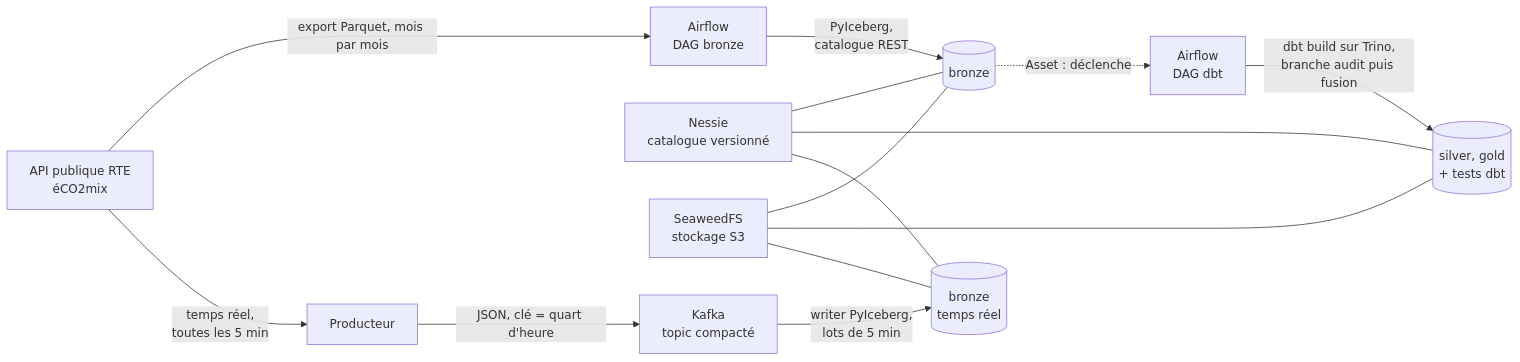
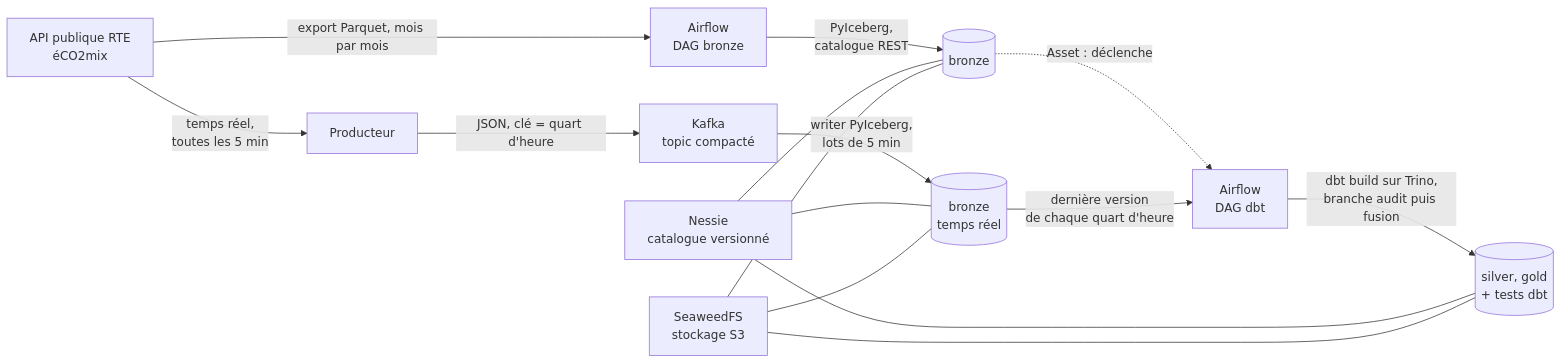
The first of 2 diagrams in README.md (Maeva-RODRIGUES/wattlake), drawn with Mermaid before and after one commit. The commit also changed other lines of this file and 9 other files, not shown here.

````diff
--- a/README.md
+++ b/README.md
@@ -47,16 +47,17 @@
 ```mermaid
 flowchart LR
     API[API publique RTE<br/>éCO2mix] -->|export Parquet, mois par mois| AF[Airflow<br/>DAG bronze]
     AF -->|PyIceberg,<br/>catalogue REST| BR[(bronze)]
     BR -.->|Asset : déclenche| DBT[Airflow<br/>DAG dbt]
     DBT -->|dbt build sur Trino,<br/>branche audit puis fusion| SG[(silver, gold<br/>+ tests dbt)]
     NES[Nessie<br/>catalogue versionné] --- BR
     NES --- SG
     S3[SeaweedFS<br/>stockage S3] --- BR
     S3 --- SG
     API -->|temps réel,<br/>toutes les 5 min| PR[Producteur]
     PR -->|JSON, clé = quart d'heure| K[Kafka<br/>topic compacté]
     K -->|writer PyIceberg,<br/>lots de 5 min| RT[(bronze<br/>temps réel)]
+    RT -->|dernière version<br/>de chaque quart d'heure| DBT
     NES --- RT
     S3 --- RT
 ```
````
